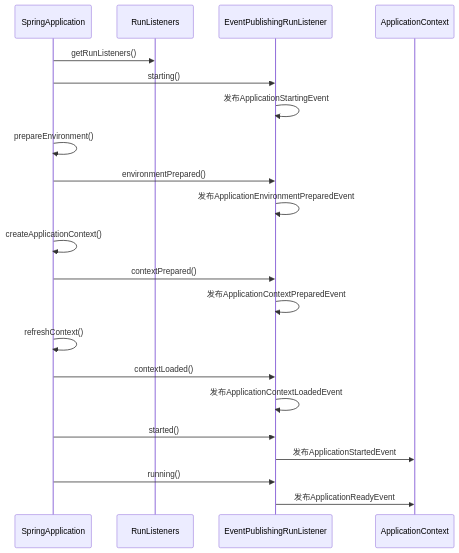
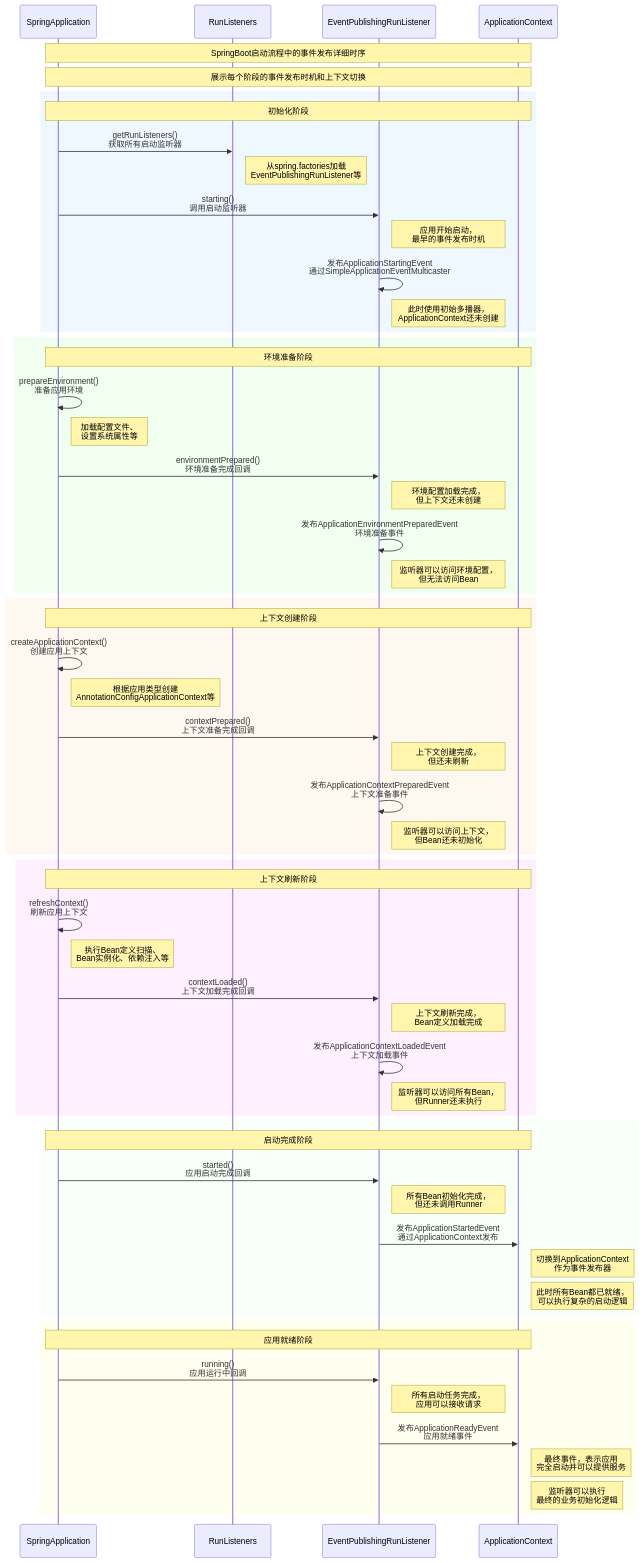
One commit to yetiKnight/springboot-learning changed the seventh of 9 diagrams in docs/启动流程/SpringBoot启动流程-事件发布监听机制-完整指南.md. Above: the diagram before and after it, drawn with Mermaid. The commit also changed other lines of this file and 2 other files, not shown here.

````diff
--- a/docs/启动流程/SpringBoot启动流程-事件发布监听机制-完整指南.md
+++ b/docs/启动流程/SpringBoot启动流程-事件发布监听机制-完整指南.md
@@ -256,29 +315,68 @@
 ```mermaid
 sequenceDiagram
     participant SA as SpringApplication
     participant RL as RunListeners
     participant EPRL as EventPublishingRunListener
     participant AC as ApplicationContext
 
-    SA->>RL: getRunListeners()
-    SA->>EPRL: starting()
-    EPRL->>EPRL: 发布ApplicationStartingEvent
-    
-    SA->>SA: prepareEnvironment()
-    SA->>EPRL: environmentPrepared()
-    EPRL->>EPRL: 发布ApplicationEnvironmentPreparedEvent
-    
-    SA->>SA: createApplicationContext()
-    SA->>EPRL: contextPrepared()
-    EPRL->>EPRL: 发布ApplicationContextPreparedEvent
-    
-    SA->>SA: refreshContext()
-    SA->>EPRL: contextLoaded()
-    EPRL->>EPRL: 发布ApplicationContextLoadedEvent
-    
-    SA->>EPRL: started()
-    EPRL->>AC: 发布ApplicationStartedEvent
-    
-    SA->>EPRL: running()
-    EPRL->>AC: 发布ApplicationReadyEvent
+    Note over SA,AC: SpringBoot启动流程中的事件发布详细时序
+    Note over SA,AC: 展示每个阶段的事件发布时机和上下文切换
+
+    rect rgb(240, 248, 255)
+        Note over SA,AC: 初始化阶段
+        SA->>RL: getRunListeners()<br/>获取所有启动监听器
+        Note right of RL: 从spring.factories加载<br/>EventPublishingRunListener等
+        SA->>EPRL: starting()<br/>调用启动监听器
+        Note right of EPRL: 应用开始启动，<br/>最早的事件发布时机
+        EPRL->>EPRL: 发布ApplicationStartingEvent<br/>通过SimpleApplicationEventMulticaster
+        Note right of EPRL: 此时使用初始多播器，<br/>ApplicationContext还未创建
+    end
+
+    rect rgb(240, 255, 240)
+        Note over SA,AC: 环境准备阶段
+        SA->>SA: prepareEnvironment()<br/>准备应用环境
+        Note right of SA: 加载配置文件、<br/>设置系统属性等
+        SA->>EPRL: environmentPrepared()<br/>环境准备完成回调
+        Note right of EPRL: 环境配置加载完成，<br/>但上下文还未创建
+        EPRL->>EPRL: 发布ApplicationEnvironmentPreparedEvent<br/>环境准备事件
+        Note right of EPRL: 监听器可以访问环境配置，<br/>但无法访问Bean
+    end
+
+    rect rgb(255, 248, 240)
+        Note over SA,AC: 上下文创建阶段
+        SA->>SA: createApplicationContext()<br/>创建应用上下文
+        Note right of SA: 根据应用类型创建<br/>AnnotationConfigApplicationContext等
+        SA->>EPRL: contextPrepared()<br/>上下文准备完成回调
+        Note right of EPRL: 上下文创建完成，<br/>但还未刷新
+        EPRL->>EPRL: 发布ApplicationContextPreparedEvent<br/>上下文准备事件
+        Note right of EPRL: 监听器可以访问上下文，<br/>但Bean还未初始化
+    end
+
+    rect rgb(255, 240, 255)
+        Note over SA,AC: 上下文刷新阶段
+        SA->>SA: refreshContext()<br/>刷新应用上下文
+        Note right of SA: 执行Bean定义扫描、<br/>Bean实例化、依赖注入等
+        SA->>EPRL: contextLoaded()<br/>上下文加载完成回调
+        Note right of EPRL: 上下文刷新完成，<br/>Bean定义加载完成
+        EPRL->>EPRL: 发布ApplicationContextLoadedEvent<br/>上下文加载事件
+        Note right of EPRL: 监听器可以访问所有Bean，<br/>但Runner还未执行
+    end
+
+    rect rgb(248, 255, 248)
+        Note over SA,AC: 启动完成阶段
+        SA->>EPRL: started()<br/>应用启动完成回调
+        Note right of EPRL: 所有Bean初始化完成，<br/>但还未调用Runner
+        EPRL->>AC: 发布ApplicationStartedEvent<br/>通过ApplicationContext发布
+        Note right of AC: 切换到ApplicationContext<br/>作为事件发布器
+        Note right of AC: 此时所有Bean都已就绪，<br/>可以执行复杂的启动逻辑
+    end
+
+    rect rgb(255, 255, 240)
+        Note over SA,AC: 应用就绪阶段
+        SA->>EPRL: running()<br/>应用运行中回调
+        Note right of EPRL: 所有启动任务完成，<br/>应用可以接收请求
+        EPRL->>AC: 发布ApplicationReadyEvent<br/>应用就绪事件
+        Note right of AC: 最终事件，表示应用<br/>完全启动并可以提供服务
+        Note right of AC: 监听器可以执行<br/>最终的业务初始化逻辑
+    end
 ```
````
